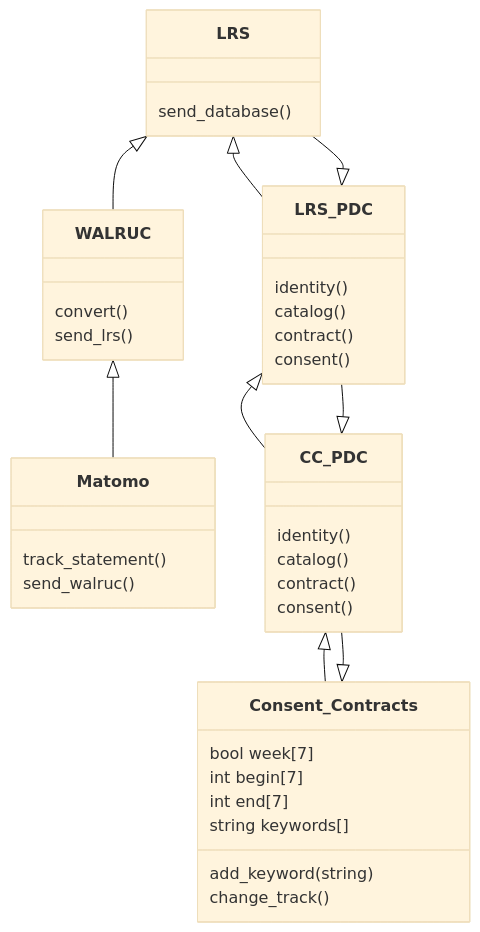
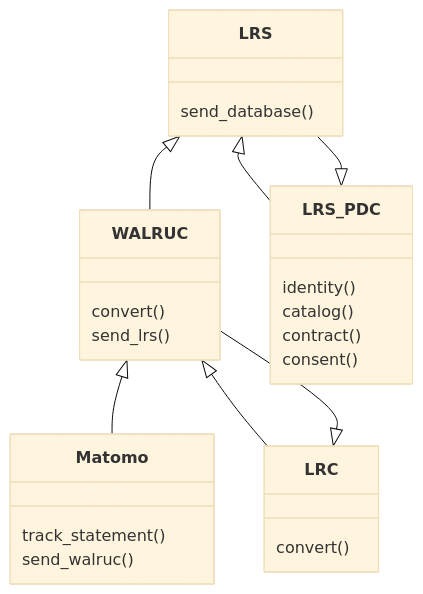
Before and after one commit to Prometheus-X-association/walruc: the third of 4 diagrams in docs/design-document.md, drawn with Mermaid (base theme). The commit also changed other lines of this file, not shown here.

````diff
--- a/docs/design-document.md
+++ b/docs/design-document.md
@@ -466,36 +411,23 @@
 ```mermaid
 classDiagram
    WALRUC <|-- Matomo
+   WALRUC <|-- LRC
+   LRC <|-- WALRUC
    LRS <|-- WALRUC
    LRS <|-- LRS_PDC
    LRS_PDC <|-- LRS
-   LRS_PDC <|-- CC_PDC
-   CC_PDC <|-- LRS_PDC
-   CC_PDC <|-- Consent_Contracts
-   Consent_Contracts <|-- CC_PDC
+
+   LRC: convert()
    WALRUC: convert()
    WALRUC: send_lrs()
    Matomo: track_statement()
    Matomo: send_walruc()
    LRS: send_database()
+   
    class LRS_PDC{
      identity()
      catalog()
      contract()
      consent()
    }
-   class CC_PDC{
-     identity()
-     catalog()
-     contract()
-     consent()
-   }
-   class Consent_Contracts{
-     bool week[7]
-     int begin[7]
-     int end[7]
-     string keywords[]
-     add_keyword(string)
-     change_track()
-   }
 ```
````
